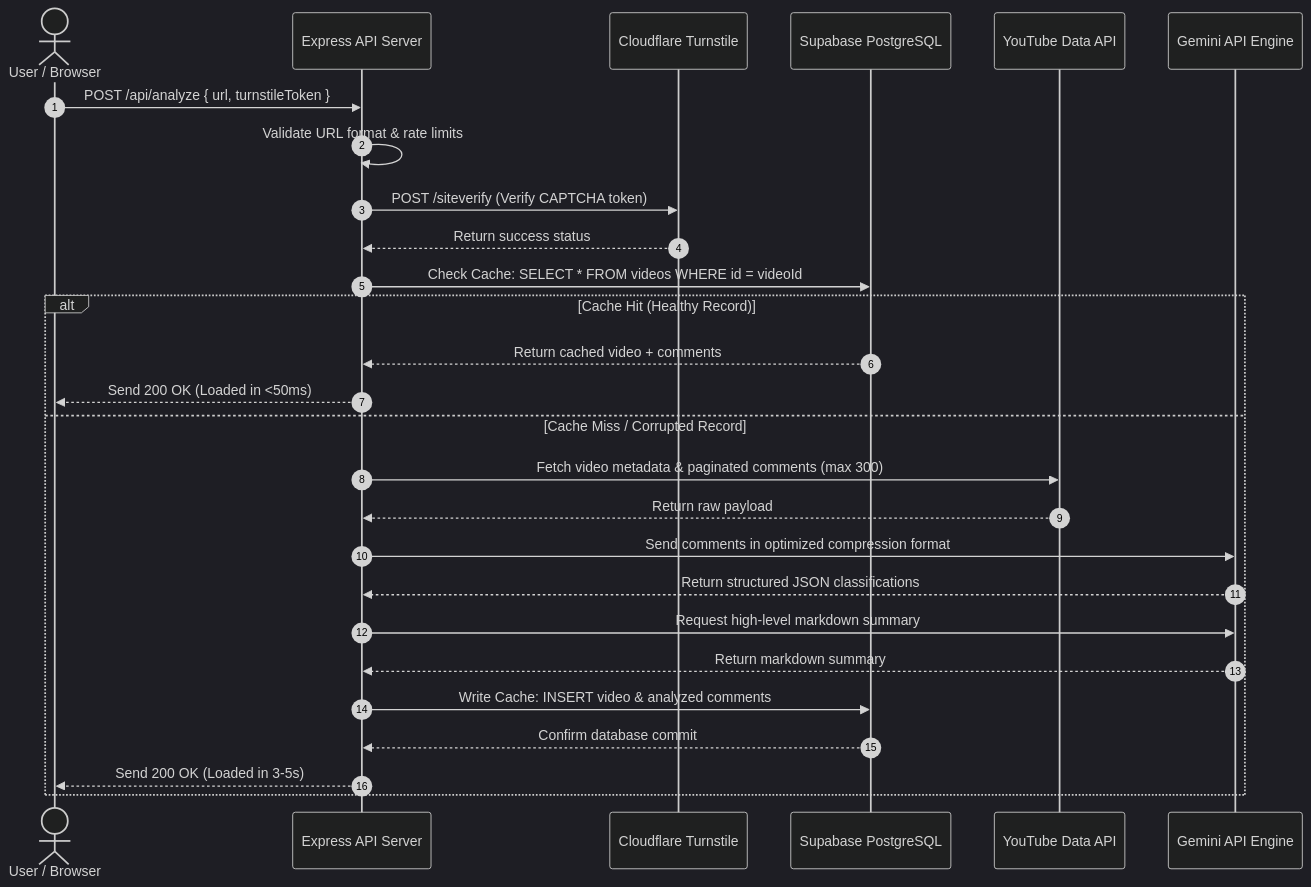
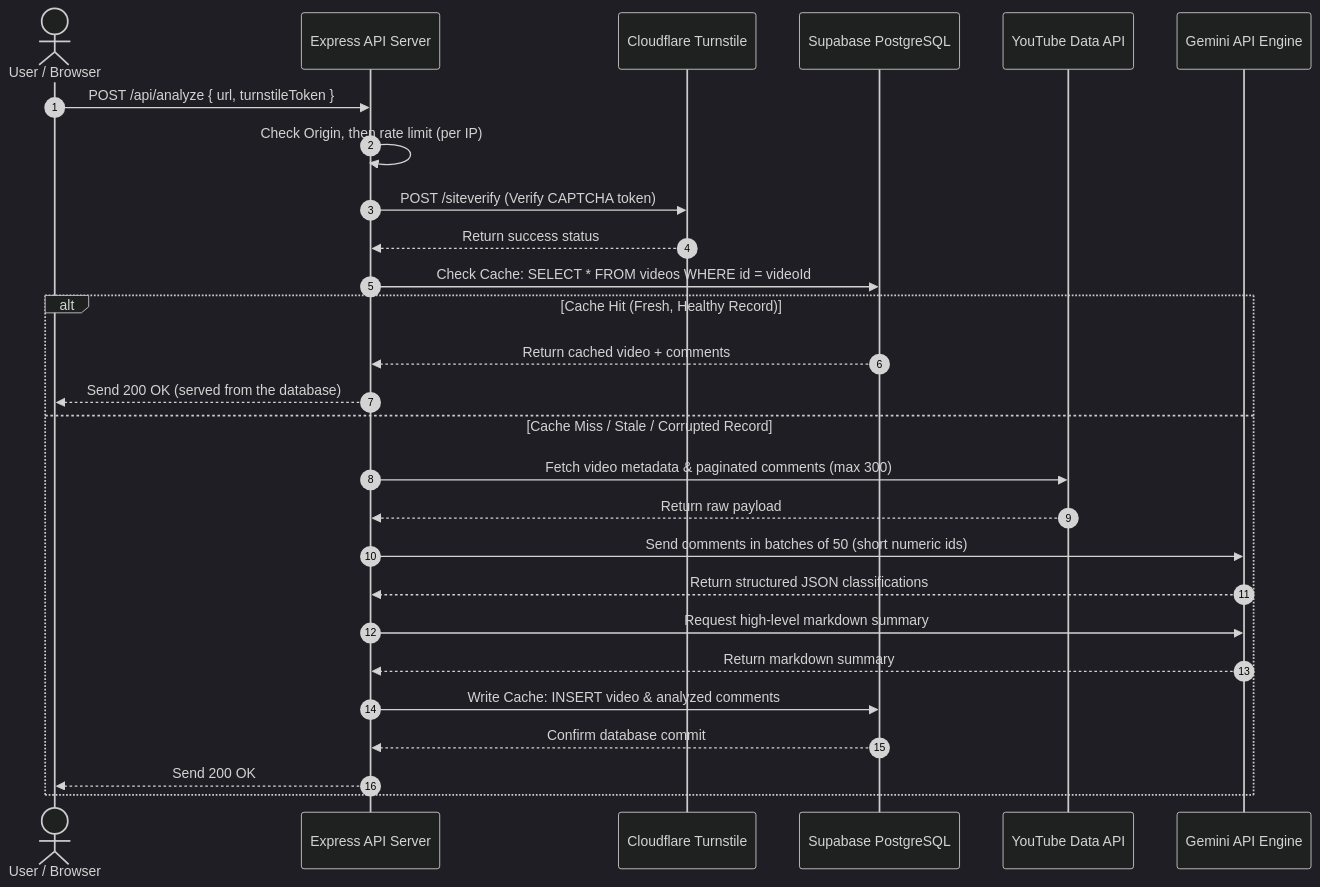
Before and after one commit to amanrock1/voxtube: the diagram in README.md, drawn with Mermaid (dark theme). The commit also changed other lines of this file and 64 other files, not shown here.

````diff
--- a/README.md
+++ b/README.md
@@ -103,30 +103,30 @@
 ```mermaid
 sequenceDiagram
     autonumber
     actor Creator as User / Browser
     participant API as Express API Server
     participant CF as Cloudflare Turnstile
     participant DB as Supabase PostgreSQL
     participant YT as YouTube Data API
     participant AI as Gemini API Engine
 
     Creator->>API: POST /api/analyze { url, turnstileToken }
-    API->>API: Validate URL format & rate limits
+    API->>API: Check Origin, then rate limit (per IP)
     API->>CF: POST /siteverify (Verify CAPTCHA token)
     CF-->>API: Return success status
     API->>DB: Check Cache: SELECT * FROM videos WHERE id = videoId
-    alt Cache Hit (Healthy Record)
+    alt Cache Hit (Fresh, Healthy Record)
         DB-->>API: Return cached video + comments
-        API-->>Creator: Send 200 OK (Loaded in <50ms)
-    else Cache Miss / Corrupted Record
+        API-->>Creator: Send 200 OK (served from the database)
+    else Cache Miss / Stale / Corrupted Record
         API->>YT: Fetch video metadata & paginated comments (max 300)
         YT-->>API: Return raw payload
-        API->>AI: Send comments in optimized compression format
+        API->>AI: Send comments in batches of 50 (short numeric ids)
         AI-->>API: Return structured JSON classifications
         API->>AI: Request high-level markdown summary
         AI-->>API: Return markdown summary
         API->>DB: Write Cache: INSERT video & analyzed comments
         DB-->>API: Confirm database commit
-        API-->>Creator: Send 200 OK (Loaded in 3-5s)
+        API-->>Creator: Send 200 OK 
     end
 ```
````
